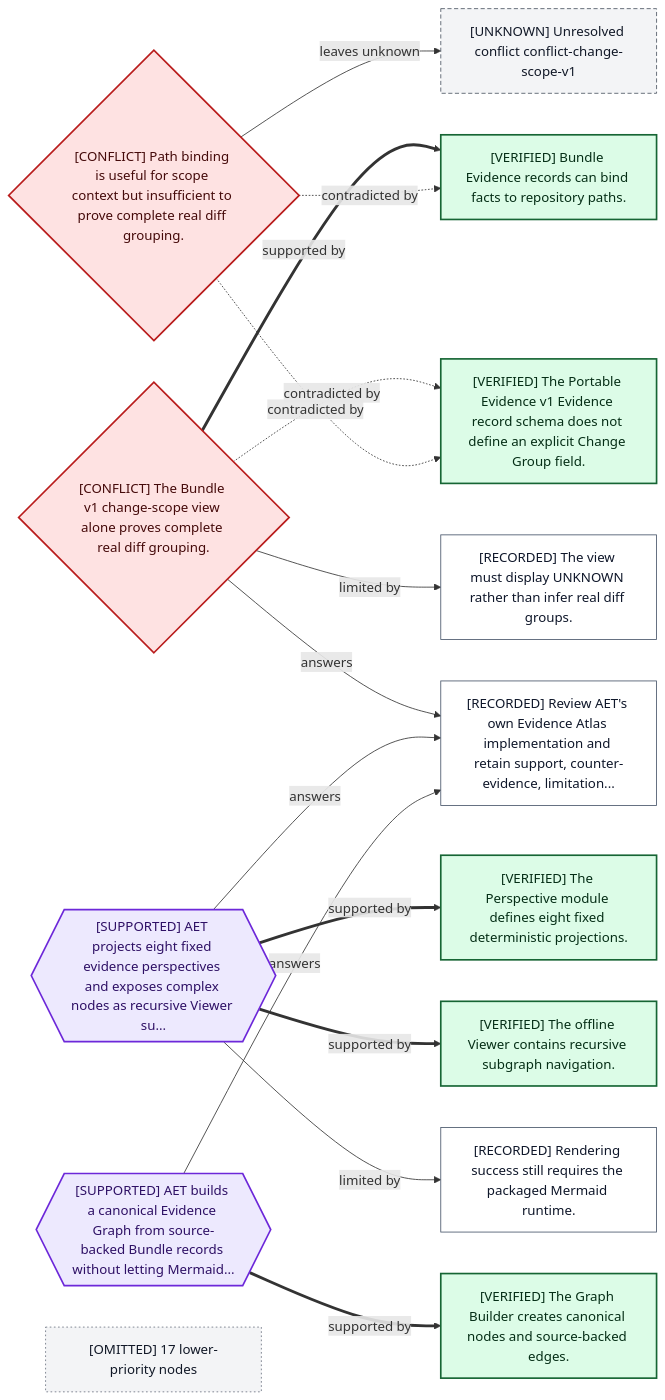
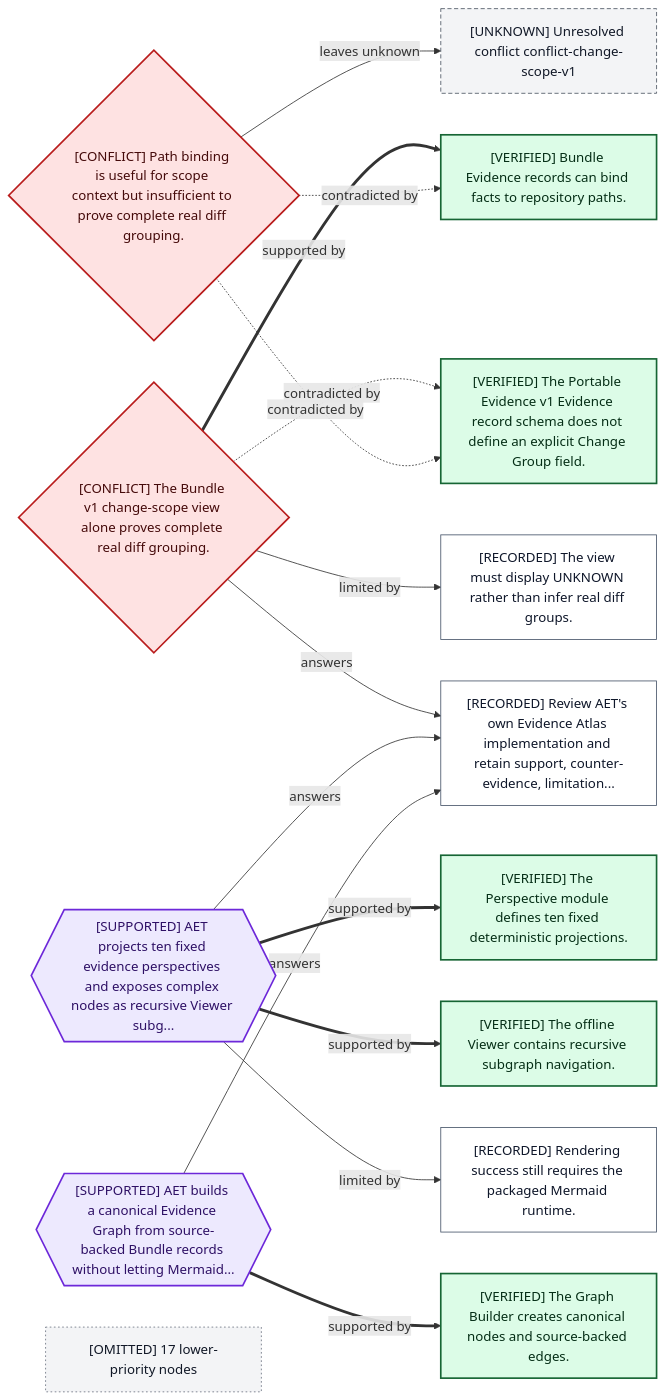
The third of 3 diagrams in docs/README.zh-CN.md (AdvancingTitans/agent-engineering-toolkit), drawn with Mermaid before and after one commit. The commit also changed other lines of this file and 124 other files, not shown here.

````diff
--- a/docs/README.zh-CN.md
+++ b/docs/README.zh-CN.md
@@ -250,55 +319,56 @@
 ```mermaid
 flowchart LR
     %% Evidence Atlas
     N_0b51dce8fe915eda{"[CONFLICT] The Bundle v1 change-scope view alone proves complete real diff grouping."}
-    N_6f91af1641ed1424{{"[SUPPORTED] AET projects eight fixed evidence perspectives and exposes complex nodes as recursive Viewer su..."}}
+    N_6f91af1641ed1424{{"[SUPPORTED] AET projects ten fixed evidence perspectives and exposes complex nodes as recursive Viewer subg..."}}
     N_8575658723b5d49d{{"[SUPPORTED] AET builds a canonical Evidence Graph from source-backed Bundle records without letting Mermaid..."}}
     N_5522d8dace1cb6e7{"[CONFLICT] Path binding is useful for scope context but insufficient to prove complete real diff grouping."}
     N_ac65699e766edc85["[UNKNOWN] Unresolved conflict conflict-change-scope-v1"]
     N_ef4722a060cacfda["[VERIFIED] Bundle Evidence records can bind facts to repository paths."]
     N_1ded0fae46344828["[VERIFIED] The Portable Evidence v1 Evidence record schema does not define an explicit Change Group field."]
     N_c075a66077dd6940["[VERIFIED] The Graph Builder creates canonical nodes and source-backed edges."]
-    N_e824b2ad012b224e["[VERIFIED] The Perspective module defines eight fixed deterministic projections."]
+    N_e824b2ad012b224e["[VERIFIED] The Perspective module defines ten fixed deterministic projections."]
     N_a42d56cfe9dff13d["[VERIFIED] The offline Viewer contains recursive subgraph navigation."]
     N_f797fb20a8448aa0["[RECORDED] Review AET's own Evidence Atlas implementation and retain support, counter-evidence, limitation..."]
     N_a17fb3165e6b0db5["[RECORDED] The view must display UNKNOWN rather than infer real diff groups."]
     N_6630b028247f1a08["[RECORDED] Rendering success still requires the packaged Mermaid runtime."]
     N_2eb930959384d64c["[OMITTED] 17 lower-priority nodes"]
     N_0b51dce8fe915eda -.->|"contradicted by"| N_1ded0fae46344828
     N_0b51dce8fe915eda -->|"limited by"| N_a17fb3165e6b0db5
     N_0b51dce8fe915eda ==>|"supported by"| N_ef4722a060cacfda
     N_5522d8dace1cb6e7 -.->|"contradicted by"| N_1ded0fae46344828
     N_5522d8dace1cb6e7 -->|"leaves unknown"| N_ac65699e766edc85
     N_5522d8dace1cb6e7 -.->|"contradicted by"| N_ef4722a060cacfda
     N_6f91af1641ed1424 -->|"limited by"| N_6630b028247f1a08
     N_6f91af1641ed1424 ==>|"supported by"| N_a42d56cfe9dff13d
     N_6f91af1641ed1424 ==>|"supported by"| N_e824b2ad012b224e
     N_8575658723b5d49d ==>|"supported by"| N_c075a66077dd6940
     N_0b51dce8fe915eda -->|"answers"| N_f797fb20a8448aa0
     N_6f91af1641ed1424 -->|"answers"| N_f797fb20a8448aa0
     N_8575658723b5d49d -->|"answers"| N_f797fb20a8448aa0
     classDef verified fill:#dcfce7,stroke:#166534,color:#052e16,stroke-width:2px
     classDef observation fill:#e0f2fe,stroke:#0369a1,color:#082f49
     classDef candidate fill:#fef3c7,stroke:#92400e,color:#451a03,stroke-dasharray:5 3
     classDef supported fill:#ede9fe,stroke:#6d28d9,color:#2e1065,stroke-width:2px
+    classDef unsupported fill:#fee2e2,stroke:#b91c1c,color:#450a0a,stroke-width:2px,stroke-dasharray:5 3
     classDef conflict fill:#fee2e2,stroke:#b91c1c,color:#450a0a,stroke-width:2px
     classDef unknown fill:#f3f4f6,stroke:#4b5563,color:#111827,stroke-dasharray:5 3
     classDef stale fill:#ffedd5,stroke:#c2410c,color:#431407,stroke-dasharray:3 3
     classDef authorization fill:#ecfccb,stroke:#3f6212,color:#1a2e05
     classDef omitted fill:#f3f4f6,stroke:#6b7280,color:#111827,stroke-dasharray:2 3
     classDef evidenceDefault fill:#ffffff,stroke:#475569,color:#0f172a
     class N_0b51dce8fe915eda conflict
     class N_6f91af1641ed1424 supported
     class N_8575658723b5d49d supported
     class N_5522d8dace1cb6e7 conflict
     class N_ac65699e766edc85 unknown
     class N_ef4722a060cacfda verified
     class N_1ded0fae46344828 verified
     class N_c075a66077dd6940 verified
     class N_e824b2ad012b224e verified
     class N_a42d56cfe9dff13d verified
     class N_f797fb20a8448aa0 evidenceDefault
     class N_a17fb3165e6b0db5 evidenceDefault
     class N_6630b028247f1a08 evidenceDefault
     class N_2eb930959384d64c omitted
 ```
````
